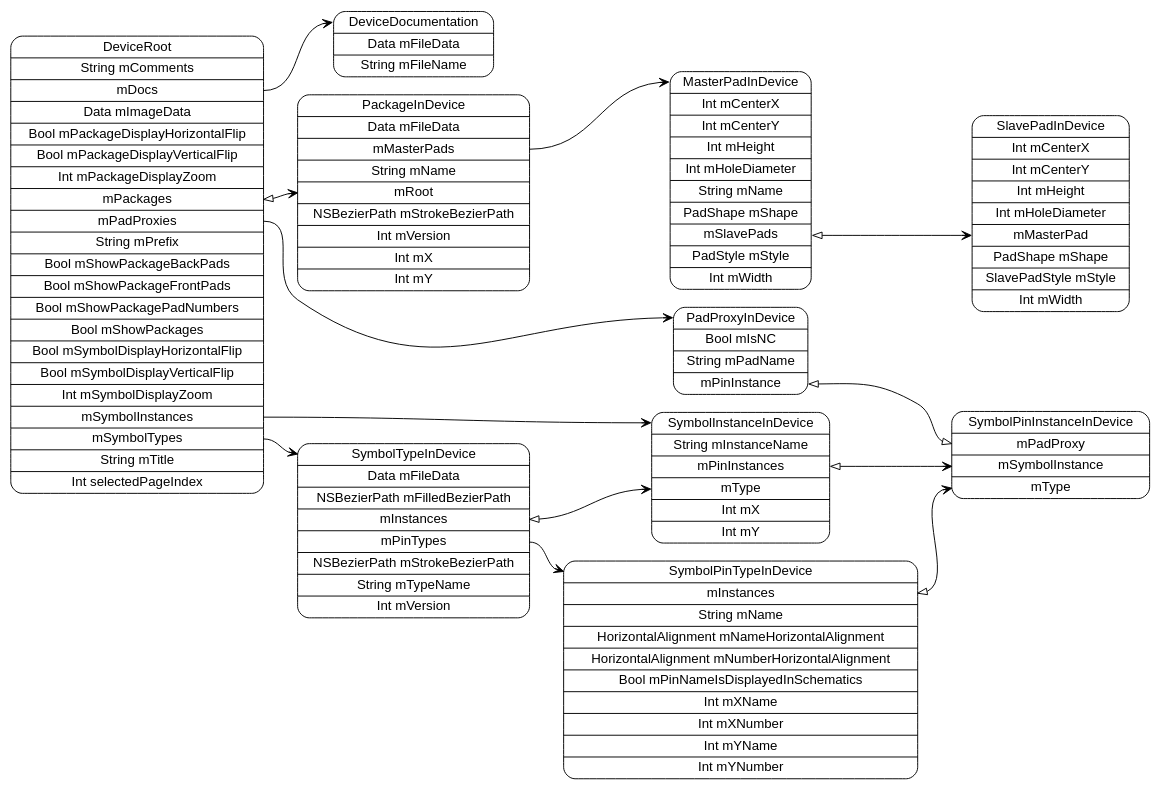
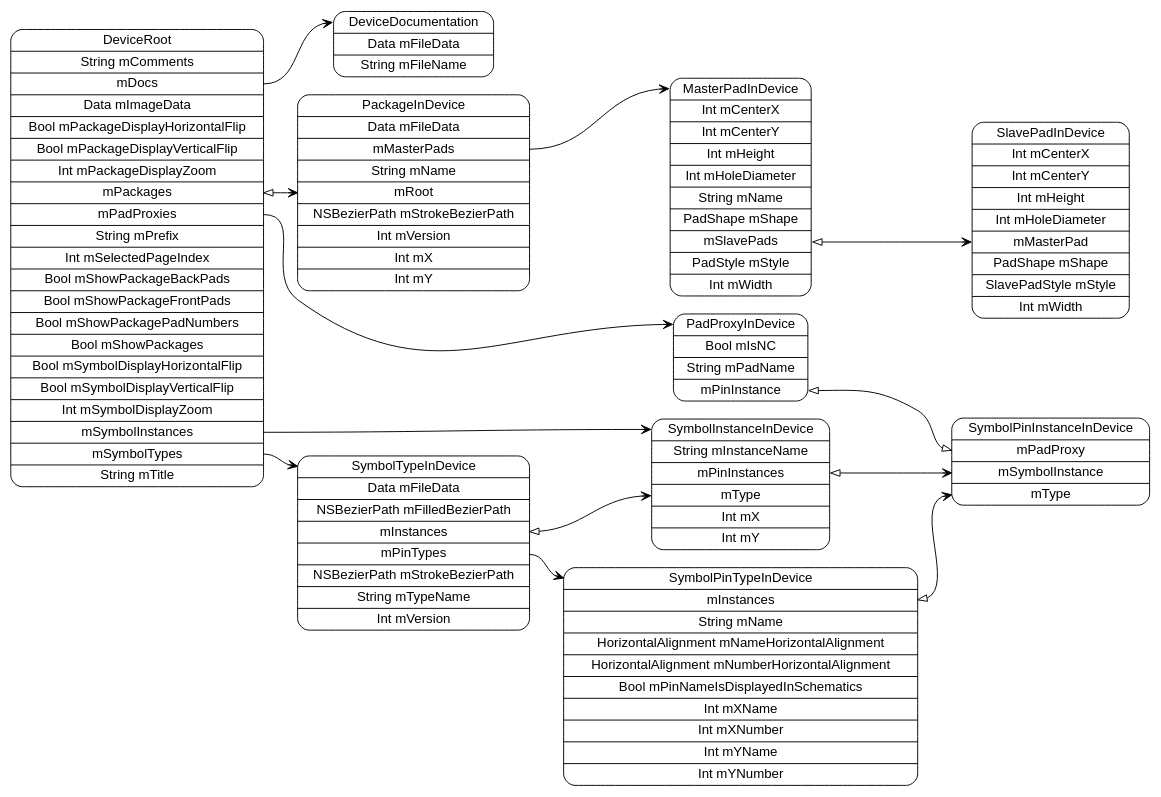
The diagram in models/DeviceRoot.dot (pierremolinaro/ElCanari-dev), drawn with Graphviz before and after one commit. The commit also changed 68 other files, not shown here.

```diff
--- a/models/DeviceRoot.dot
+++ b/models/DeviceRoot.dot
@@ -1,26 +1,26 @@
 digraph G {
   rankdir=LR ;
   node [shape=record fontname=helvetica style=rounded] ;
-  DeviceRoot[label="<DeviceRoot>DeviceRoot|String mComments|<mDocs>mDocs|Data mImageData|Bool mPackageDisplayHorizontalFlip|Bool mPackageDisplayVerticalFlip|Int mPackageDisplayZoom|<mPackages>mPackages|<mPadProxies>mPadProxies|String mPrefix|Bool mShowPackageBackPads|Bool mShowPackageFrontPads|Bool mShowPackagePadNumbers|Bool mShowPackages|Bool mSymbolDisplayHorizontalFlip|Bool mSymbolDisplayVerticalFlip|Int mSymbolDisplayZoom|<mSymbolInstances>mSymbolInstances|<mSymbolTypes>mSymbolTypes|String mTitle|Int selectedPageIndex"] ;
+  DeviceRoot[label="<DeviceRoot>DeviceRoot|String mComments|<mDocs>mDocs|Data mImageData|Bool mPackageDisplayHorizontalFlip|Bool mPackageDisplayVerticalFlip|Int mPackageDisplayZoom|<mPackages>mPackages|<mPadProxies>mPadProxies|String mPrefix|Int mSelectedPageIndex|Bool mShowPackageBackPads|Bool mShowPackageFrontPads|Bool mShowPackagePadNumbers|Bool mShowPackages|Bool mSymbolDisplayHorizontalFlip|Bool mSymbolDisplayVerticalFlip|Int mSymbolDisplayZoom|<mSymbolInstances>mSymbolInstances|<mSymbolTypes>mSymbolTypes|String mTitle"] ;
   SymbolTypeInDevice[label="<SymbolTypeInDevice>SymbolTypeInDevice|Data mFileData|NSBezierPath mFilledBezierPath|<mInstances>mInstances|<mPinTypes>mPinTypes|NSBezierPath mStrokeBezierPath|String mTypeName|Int mVersion"] ;
   SymbolPinTypeInDevice[label="<SymbolPinTypeInDevice>SymbolPinTypeInDevice|<mInstances>mInstances|String mName|HorizontalAlignment mNameHorizontalAlignment|HorizontalAlignment mNumberHorizontalAlignment|Bool mPinNameIsDisplayedInSchematics|Int mXName|Int mXNumber|Int mYName|Int mYNumber"] ;
   SymbolPinInstanceInDevice[label="<SymbolPinInstanceInDevice>SymbolPinInstanceInDevice|<mPadProxy>mPadProxy|<mSymbolInstance>mSymbolInstance|<mType>mType"] ;
   SymbolInstanceInDevice[label="<SymbolInstanceInDevice>SymbolInstanceInDevice|String mInstanceName|<mPinInstances>mPinInstances|<mType>mType|Int mX|Int mY"] ;
   PadProxyInDevice[label="<PadProxyInDevice>PadProxyInDevice|Bool mIsNC|String mPadName|<mPinInstance>mPinInstance"] ;
   PackageInDevice[label="<PackageInDevice>PackageInDevice|Data mFileData|<mMasterPads>mMasterPads|String mName|<mRoot>mRoot|NSBezierPath mStrokeBezierPath|Int mVersion|Int mX|Int mY"] ;
   MasterPadInDevice[label="<MasterPadInDevice>MasterPadInDevice|Int mCenterX|Int mCenterY|Int mHeight|Int mHoleDiameter|String mName|PadShape mShape|<mSlavePads>mSlavePads|PadStyle mStyle|Int mWidth"] ;
   SlavePadInDevice[label="<SlavePadInDevice>SlavePadInDevice|Int mCenterX|Int mCenterY|Int mHeight|Int mHoleDiameter|<mMasterPad>mMasterPad|PadShape mShape|SlavePadStyle mStyle|Int mWidth"] ;
   DeviceDocumentation[label="<DeviceDocumentation>DeviceDocumentation|Data mFileData|String mFileName"] ;
   DeviceRoot:mDocs -> DeviceDocumentation:DeviceDocumentation [dir=both arrowtail=none arrowhead=vee] ;
   DeviceRoot:mPackages -> PackageInDevice:mRoot [dir=both arrowtail=onormal arrowhead=vee] ;
   DeviceRoot:mPadProxies -> PadProxyInDevice:PadProxyInDevice [dir=both arrowtail=none arrowhead=vee] ;
   DeviceRoot:mSymbolInstances -> SymbolInstanceInDevice:SymbolInstanceInDevice [dir=both arrowtail=none arrowhead=vee] ;
   DeviceRoot:mSymbolTypes -> SymbolTypeInDevice:SymbolTypeInDevice [dir=both arrowtail=none arrowhead=vee] ;
   SymbolTypeInDevice:mInstances -> SymbolInstanceInDevice:mType [dir=both arrowtail=onormal arrowhead=vee] ;
   SymbolTypeInDevice:mPinTypes -> SymbolPinTypeInDevice:SymbolPinTypeInDevice [dir=both arrowtail=none arrowhead=vee] ;
   SymbolPinTypeInDevice:mInstances -> SymbolPinInstanceInDevice:mType [dir=both arrowtail=onormal arrowhead=vee] ;
   SymbolInstanceInDevice:mPinInstances -> SymbolPinInstanceInDevice:mSymbolInstance [dir=both arrowtail=onormal arrowhead=vee] ;
   PadProxyInDevice:mPinInstance -> SymbolPinInstanceInDevice:mPadProxy [dir=both arrowtail=onormal arrowhead=onormal] ;
   PackageInDevice:mMasterPads -> MasterPadInDevice:MasterPadInDevice [dir=both arrowtail=none arrowhead=vee] ;
   MasterPadInDevice:mSlavePads -> SlavePadInDevice:mMasterPad [dir=both arrowtail=onormal arrowhead=vee] ;
 }
```
